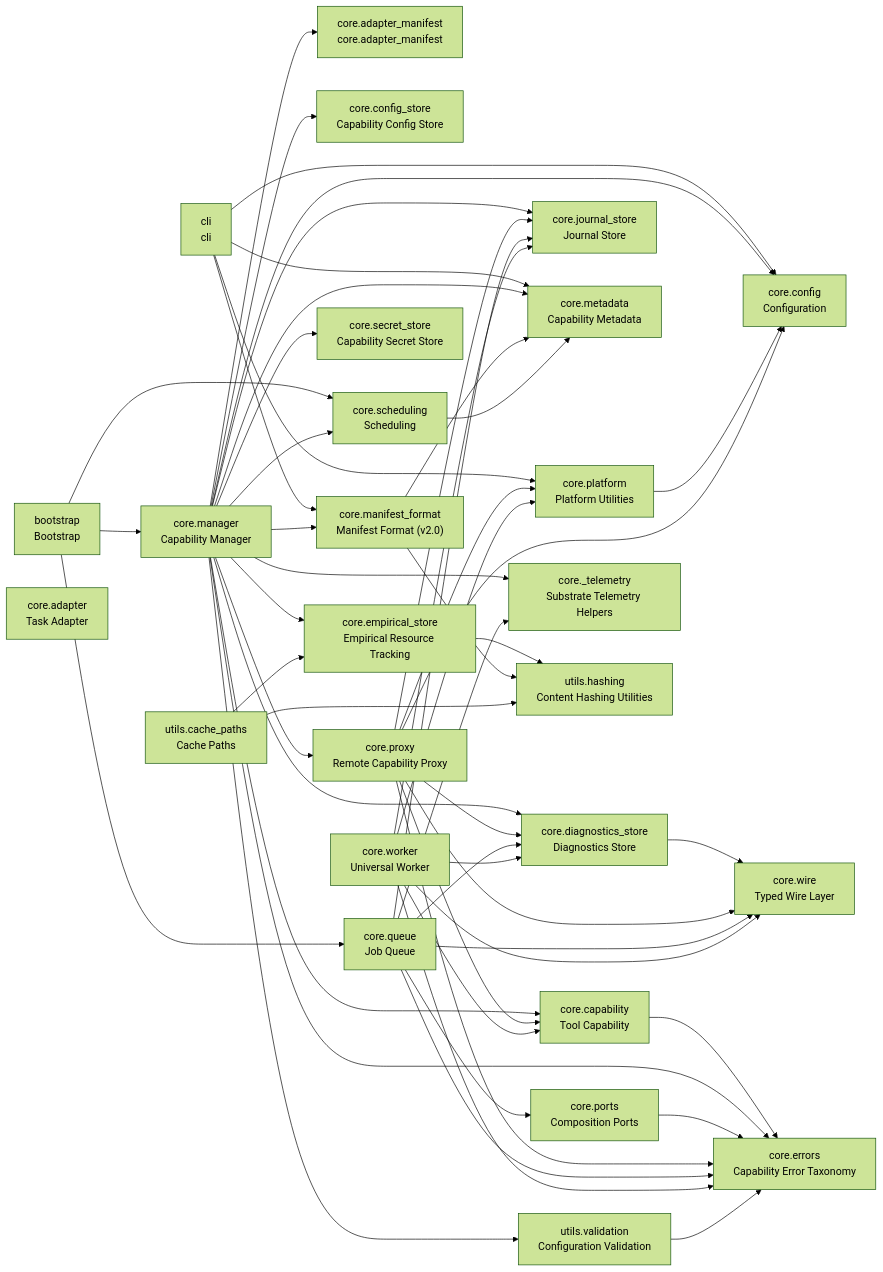
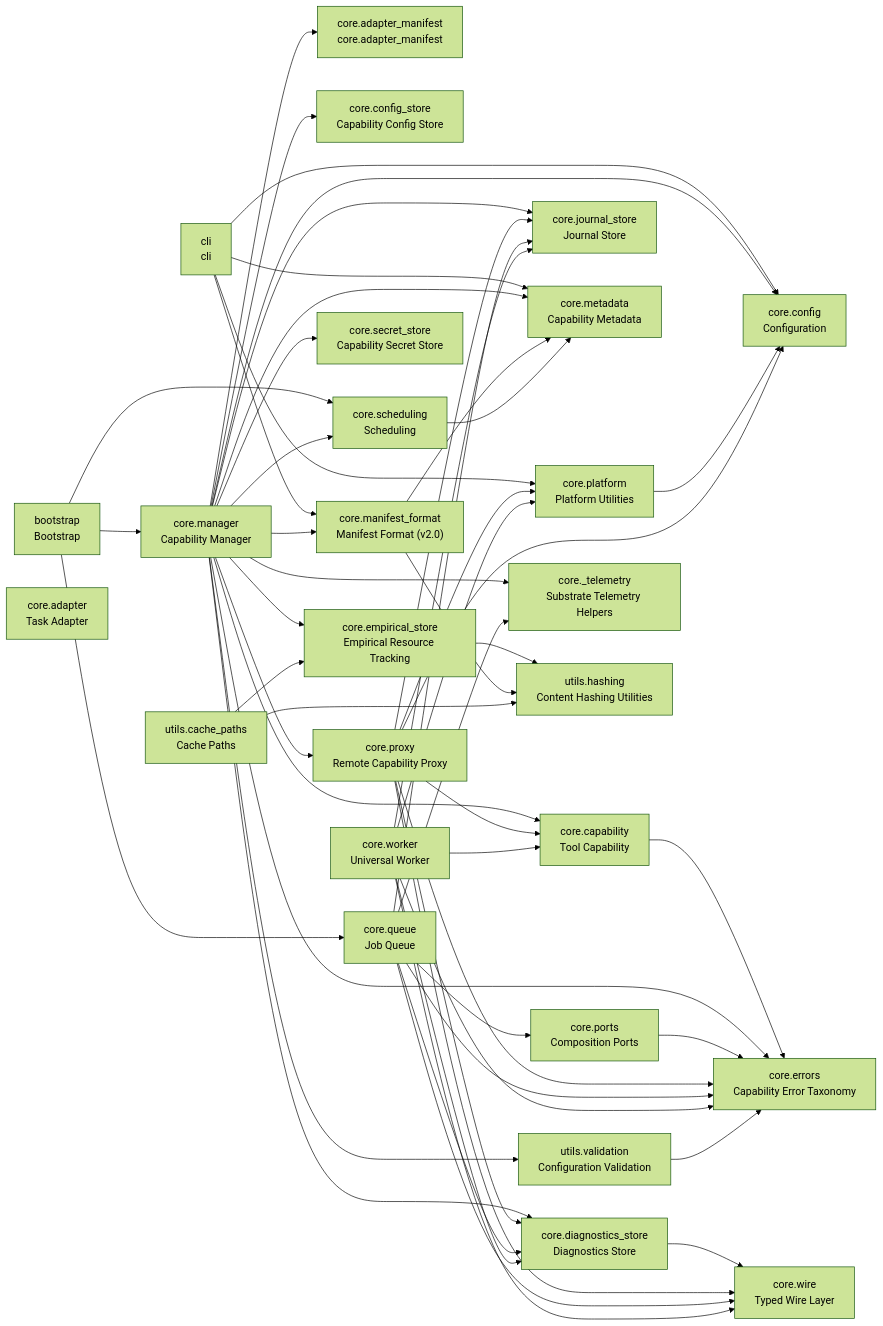
The diagram in README.md (cj-mills/cjm-substrate), drawn with Mermaid (forest theme) before and after one commit. The commit also changed other lines of this file and 6 other files, not shown here.

````diff
--- a/README.md
+++ b/README.md
@@ -48,82 +48,82 @@
 ``` mermaid
 graph LR
     bootstrap["bootstrap<br/>Bootstrap"]
     cli["cli<br/>cli"]
     core_adapter["core.adapter<br/>Task Adapter"]
     core_adapter_manifest["core.adapter_manifest<br/>core.adapter_manifest"]
     core_capability["core.capability<br/>Tool Capability"]
     core_config["core.config<br/>Configuration"]
     core_config_store["core.config_store<br/>Capability Config Store"]
     core_diagnostics_store["core.diagnostics_store<br/>Diagnostics Store"]
     core_empirical_store["core.empirical_store<br/>Empirical Resource Tracking"]
     core_errors["core.errors<br/>Capability Error Taxonomy"]
     core_journal_store["core.journal_store<br/>Journal Store"]
     core_manager["core.manager<br/>Capability Manager"]
     core_manifest_format["core.manifest_format<br/>Manifest Format (v2.0)"]
     core_metadata["core.metadata<br/>Capability Metadata"]
     core_platform["core.platform<br/>Platform Utilities"]
     core_ports["core.ports<br/>Composition Ports"]
     core_proxy["core.proxy<br/>Remote Capability Proxy"]
     core_queue["core.queue<br/>Job Queue"]
     core_scheduling["core.scheduling<br/>Scheduling"]
     core_secret_store["core.secret_store<br/>Capability Secret Store"]
     core__telemetry["core._telemetry<br/>Substrate Telemetry Helpers"]
     core_wire["core.wire<br/>Typed Wire Layer"]
     core_worker["core.worker<br/>Universal Worker"]
     utils_cache_paths["utils.cache_paths<br/>Cache Paths"]
     utils_hashing["utils.hashing<br/>Content Hashing Utilities"]
     utils_validation["utils.validation<br/>Configuration Validation"]
 
+    bootstrap --> core_queue
     bootstrap --> core_manager
     bootstrap --> core_scheduling
-    bootstrap --> core_queue
+    cli --> core_manifest_format
     cli --> core_config
-    cli --> core_manifest_format
     cli --> core_platform
     cli --> core_metadata
     core_capability --> core_errors
     core_diagnostics_store --> core_wire
     core_empirical_store --> utils_hashing
+    core_manager --> core_diagnostics_store
     core_manager --> core_errors
-    core_manager --> core_empirical_store
-    core_manager --> core_proxy
-    core_manager --> core_metadata
-    core_manager --> utils_validation
+    core_manager --> core_manifest_format
+    core_manager --> core_config
     core_manager --> core_adapter_manifest
+    core_manager --> core_capability
     core_manager --> core_journal_store
-    core_manager --> core_diagnostics_store
-    core_manager --> core_config_store
-    core_manager --> core_manifest_format
     core_manager --> core_secret_store
     core_manager --> core_scheduling
-    core_manager --> core_capability
-    core_manager --> core_config
+    core_manager --> core_metadata
+    core_manager --> core_empirical_store
+    core_manager --> core_config_store
+    core_manager --> utils_validation
+    core_manager --> core_proxy
     core_manager --> core__telemetry
+    core_manifest_format --> utils_hashing
     core_manifest_format --> core_metadata
-    core_manifest_format --> utils_hashing
     core_platform --> core_config
     core_ports --> core_errors
     core_proxy --> core_diagnostics_store
     core_proxy --> core_wire
+    core_proxy --> core_config
+    core_proxy --> core_capability
+    core_proxy --> core_journal_store
+    core_proxy --> core_errors
     core_proxy --> core_platform
-    core_proxy --> core_errors
-    core_proxy --> core_journal_store
-    core_proxy --> core_capability
-    core_proxy --> core_config
-    core_queue --> core_ports
+    core_queue --> core_diagnostics_store
     core_queue --> core_wire
     core_queue --> core_journal_store
-    core_queue --> core_diagnostics_store
     core_queue --> core_errors
+    core_queue --> core_ports
     core_queue --> core__telemetry
     core_scheduling --> core_metadata
     core_worker --> core_wire
-    core_worker --> core_platform
+    core_worker --> core_errors
     core_worker --> core_journal_store
     core_worker --> core_diagnostics_store
+    core_worker --> core_platform
     core_worker --> core_capability
-    core_worker --> core_errors
     utils_cache_paths --> utils_hashing
     utils_cache_paths --> core_empirical_store
     utils_validation --> core_errors
 ```
````
